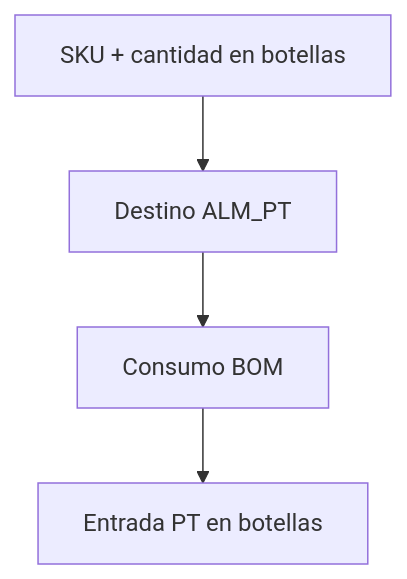
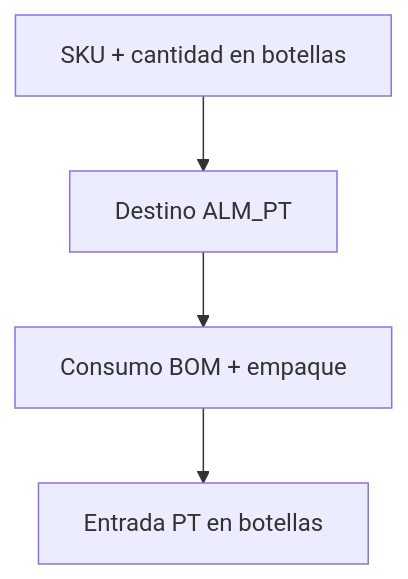
One commit to viziasac/web_bodegasantamaria changed the fourth of 5 diagrams in docs/01_manual_usuario_cliente_web.md. Above: the diagram before and after it, drawn with Mermaid. The commit also changed other lines of this file and 21 other files, not shown here.

First line of the commit message:
Alinea la web con la app: retira reempaque y adopta BOM/empaque y alta PT.

````diff
--- a/docs/01_manual_usuario_cliente_web.md
+++ b/docs/01_manual_usuario_cliente_web.md
@@ -173,6 +176,6 @@
 ```mermaid
 flowchart TD
   A[SKU + cantidad en botellas] --> B[Destino ALM_PT]
-  B --> C[Consumo BOM]
+  B --> C[Consumo BOM + empaque]
   C --> D[Entrada PT en botellas]
 ```
````
